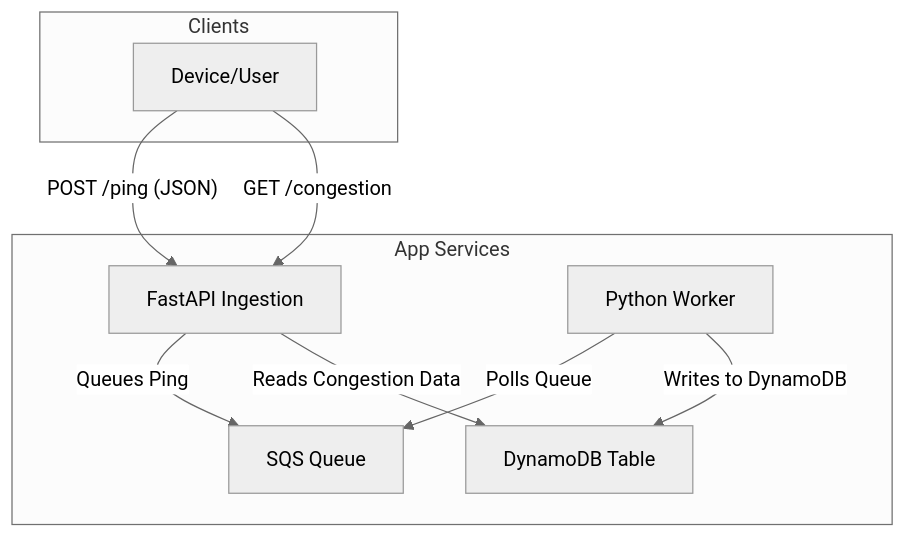
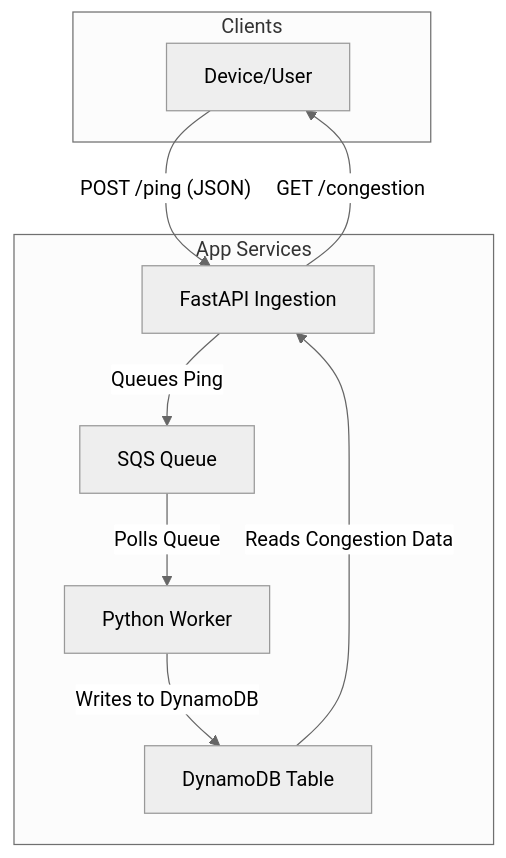
Before and after one commit to BGarber42/congestion-map: the diagram in README.md, drawn with Mermaid (neutral theme).

Commit message:
Update README.md
Change the diagram a bit

````diff
--- a/README.md
+++ b/README.md
@@ -7,21 +7,21 @@
 ```mermaid
 graph TD
     subgraph "Clients"
         A[Device/User]
     end
 
     subgraph "App Services"
         B[FastAPI Ingestion]
         C[SQS Queue]
         D[Python Worker]
         E[DynamoDB Table]
     end
 
 
     A -- "POST /ping (JSON)" --> B
-    A -- "GET /congestion" --> B
+    B -- "GET /congestion" --> A
     B -- "Queues Ping" --> C
-    D -- "Polls Queue" --> C
+    C -- "Polls Queue" --> D
     D -- "Writes to DynamoDB" --> E
-    B -- "Reads Congestion Data" --> E
+    E -- "Reads Congestion Data" --> B
 ```
````
